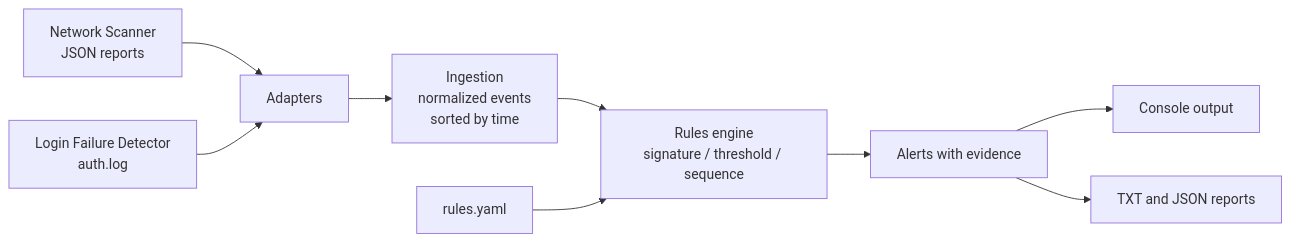
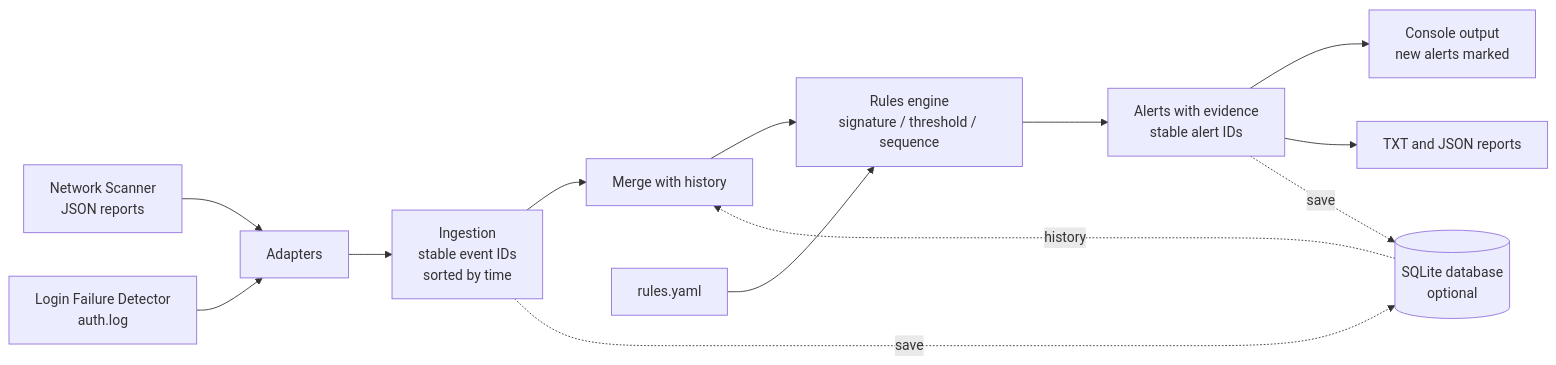
Before and after one commit to LeanGnzlz/Mini-SIEM: the diagram in README.md, drawn with Mermaid. The commit also changed other lines of this file, not shown here.

Commit message:
Update README for the SQLite history: usage, design, limitations

````diff
--- a/README.md
+++ b/README.md
@@ -36,11 +38,15 @@
 ```mermaid
 flowchart LR
     A[Network Scanner<br/>JSON reports] --> C[Adapters]
     B[Login Failure Detector<br/>auth.log] --> C
-    C --> D[Ingestion<br/>normalized events<br/>sorted by time]
-    D --> E[Rules engine<br/>signature / threshold / sequence]
+    C --> D[Ingestion<br/>stable event IDs<br/>sorted by time]
+    D --> M[Merge with history]
+    DB[(SQLite database<br/>optional)] -. history .-> M
+    M --> E[Rules engine<br/>signature / threshold / sequence]
     R[rules.yaml] --> E
-    E --> F[Alerts with evidence]
-    F --> G[Console output]
+    E --> F[Alerts with evidence<br/>stable alert IDs]
+    F --> G[Console output<br/>new alerts marked]
     F --> H[TXT and JSON reports]
+    D -. save .-> DB
+    F -. save .-> DB
 ```
````
